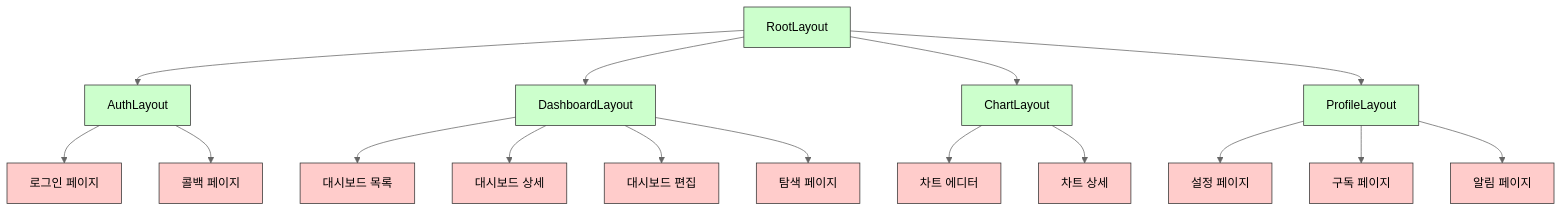
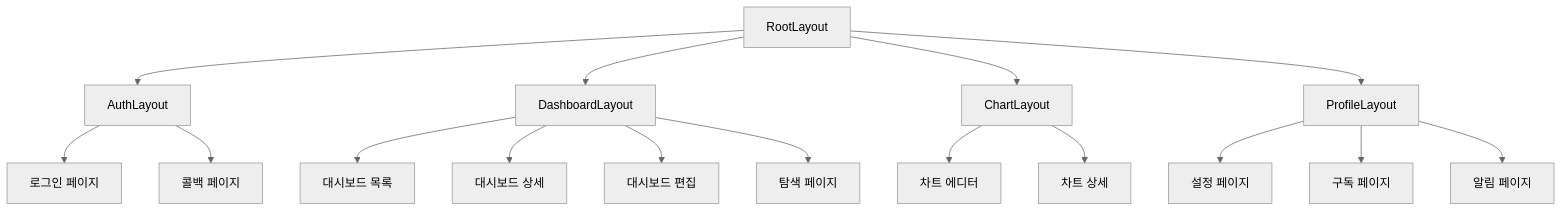
Before and after one commit to Seungwoo321/etorch-docs: the third of 5 diagrams in frontend/routing.md, drawn with Mermaid (neutral theme). The commit also changed other lines of this file, not shown here.

````diff
--- a/frontend/routing.md
+++ b/frontend/routing.md
@@ -207,28 +190,22 @@
 ```mermaid
 flowchart TD
     Root[RootLayout] --> Auth[AuthLayout]
     Root --> Dashboard[DashboardLayout]
     Root --> Chart[ChartLayout]
     Root --> Profile[ProfileLayout]
     
     Auth --> Login[로그인 페이지]
     Auth --> Callback[콜백 페이지]
     
     Dashboard --> DashboardList[대시보드 목록]
     Dashboard --> DashboardDetail[대시보드 상세]
     Dashboard --> DashboardEdit[대시보드 편집]
     Dashboard --> Explore[탐색 페이지]
     
     Chart --> ChartEditor[차트 에디터]
     Chart --> ChartDetail[차트 상세]
     
     Profile --> Settings[설정 페이지]
     Profile --> Subscription[구독 페이지]
     Profile --> Notifications[알림 페이지]
-    
-    classDef layout fill:#ccffcc,stroke:#333,stroke-width:1px
-    classDef page fill:#ffcccb,stroke:#333,stroke-width:1px
-    
-    class Root,Auth,Dashboard,Chart,Profile layout
-    class Login,Callback,DashboardList,DashboardDetail,DashboardEdit,Explore,ChartEditor,ChartDetail,Settings,Subscription,Notifications page
 ```
````
